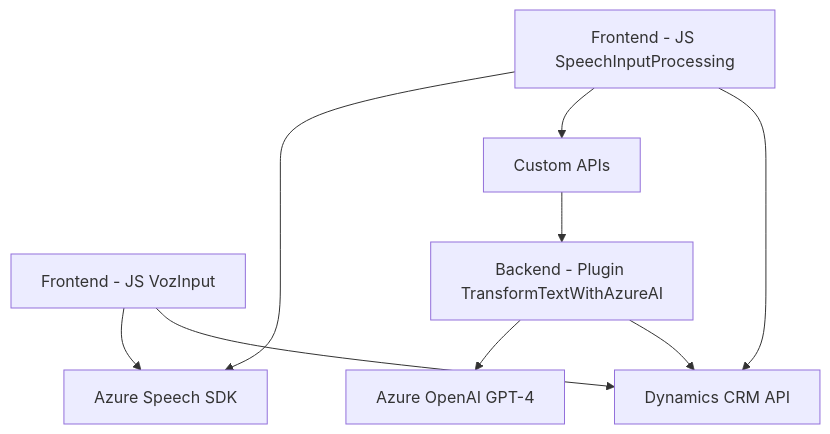
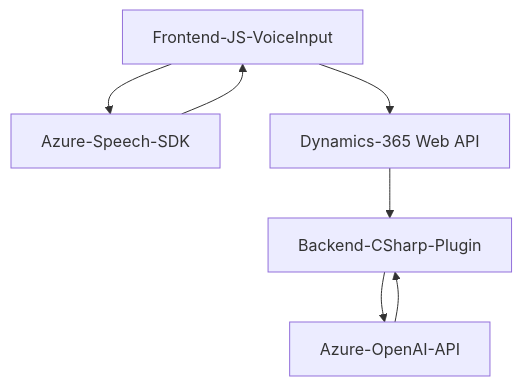
One commit to blopezdm/NETCORE_BILBAO2025 changed the diagram in README.md. Above: the diagram before and after it, drawn with Mermaid. The commit also changed other lines of this file, not shown here.

````diff
--- a/README.md
+++ b/README.md
@@ -41,19 +43,15 @@
 ```mermaid
 graph TD
-    A["Frontend - JS VozInput"]
-    B["Frontend - JS SpeechInputProcessing"]
-    C["Backend - Plugin TransformTextWithAzureAI"]
-    D["Azure Speech SDK"]
-    E["Azure OpenAI GPT-4"]
-    F["Dynamics CRM API"]
-    G["Custom APIs"]
+    A["Frontend-JS-VoiceInput"]
+    B["Azure-Speech-SDK"]
+    C["Dynamics-365 Web API"]
+    D["Backend-CSharp-Plugin"]
+    E["Azure-OpenAI-API"]
 
-    A --> D
-    A --> F
-    B --> D
-    B --> G
-    B --> F
-    C --> E
-    C --> F
-    G --> C
+    A --> B
+    A --> C
+    B --> A
+    C --> D 
+    D --> E
+    E --> D
 ```
````
